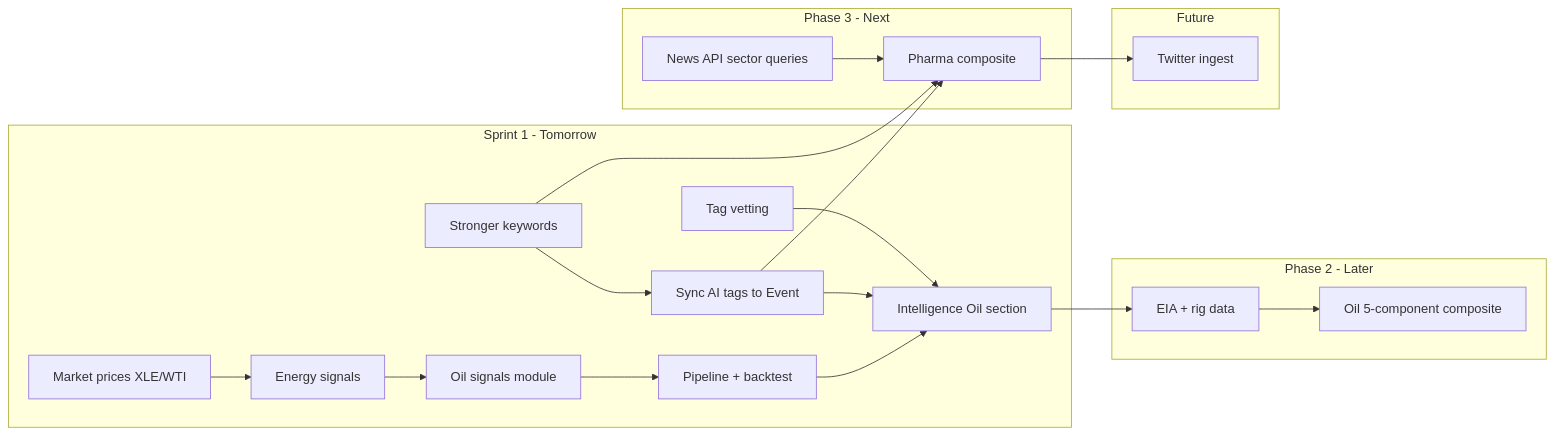
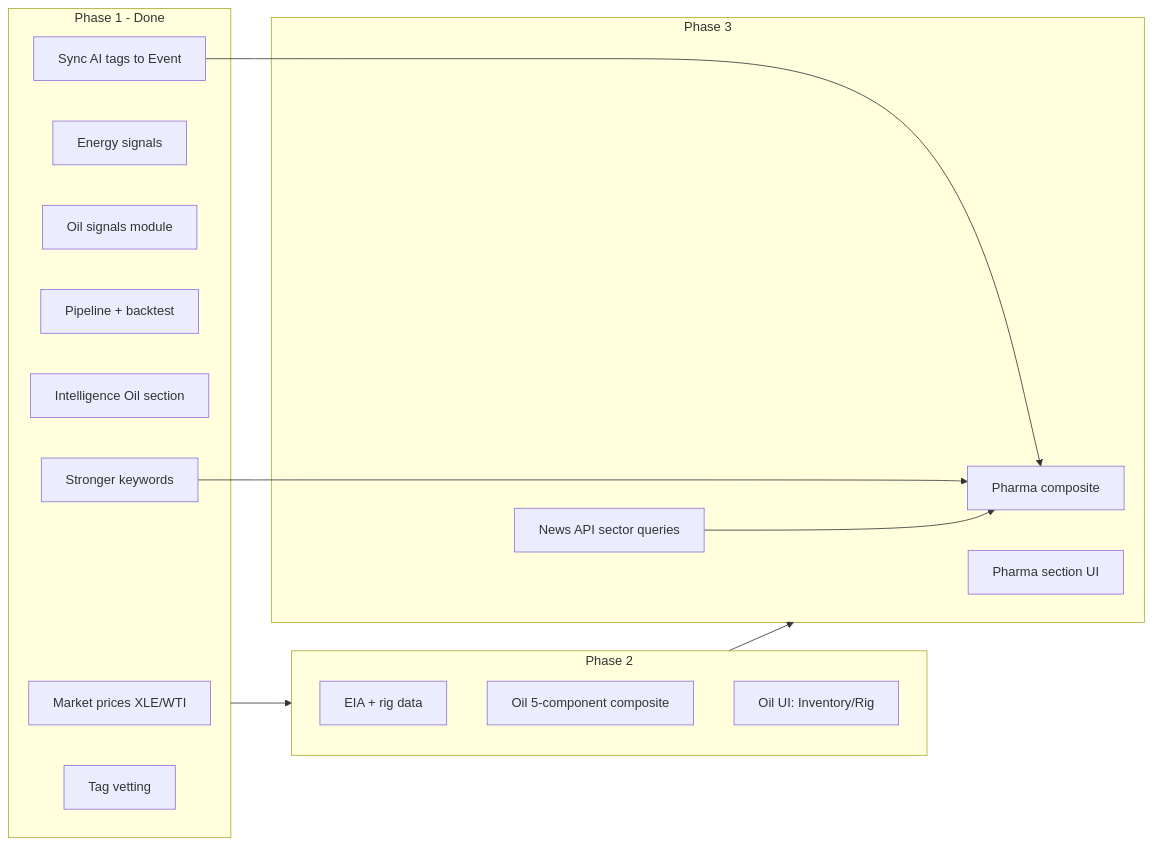
Before and after one commit to mattydinh/signaldesk: the diagram in docs/SPRINT_AND_ROLLOUT.md, drawn with Mermaid. The commit also changed other lines of this file and 8 other files, not shown here.

First line of the commit message:
Phase 2: EIA + rig storage, cron, 5-component oil composite, Oil UI

````diff
--- a/docs/SPRINT_AND_ROLLOUT.md
+++ b/docs/SPRINT_AND_ROLLOUT.md
@@ -33,33 +33,27 @@
 ```mermaid
 flowchart LR
-  subgraph sprint1 [Sprint 1 - Tomorrow]
+  subgraph phase1 [Phase 1 - Done]
     M1[Market prices XLE/WTI]
     E1[Energy signals]
     O1[Oil signals module]
     P1[Pipeline + backtest]
     I1[Intelligence Oil section]
     T1[Stronger keywords]
     A1[Sync AI tags to Event]
     V1[Tag vetting]
   end
-  subgraph phase2 [Phase 2 - Later]
+  subgraph phase2 [Phase 2]
     EIA[EIA + rig data]
     O2[Oil 5-component composite]
+    UI2[Oil UI: Inventory/Rig]
   end
-  subgraph phase3 [Phase 3 - Next]
+  subgraph phase3 [Phase 3]
     Pharma[Pharma composite]
     NewsQ[News API sector queries]
+    UIP[Pharma section UI]
   end
-  subgraph future [Future]
-    Twitter[Twitter ingest]
-  end
-  M1 --> E1 --> O1 --> P1 --> I1
-  T1 --> A1
-  A1 --> I1
-  V1 --> I1
-  I1 --> EIA --> O2
+  phase1 --> phase2 --> phase3
   A1 --> Pharma
   T1 --> Pharma
   NewsQ --> Pharma
-  Pharma --> Twitter
 ```
````
